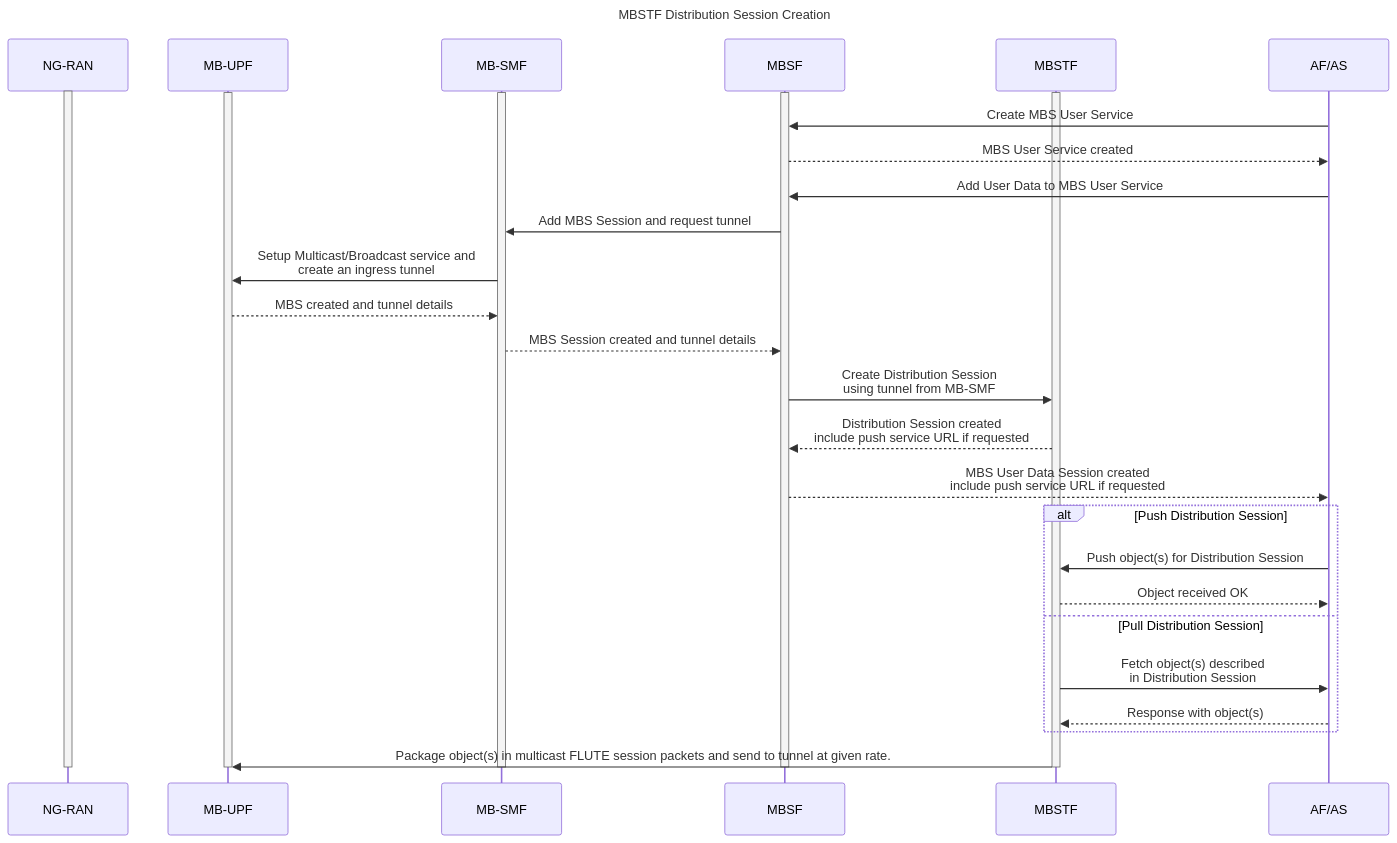
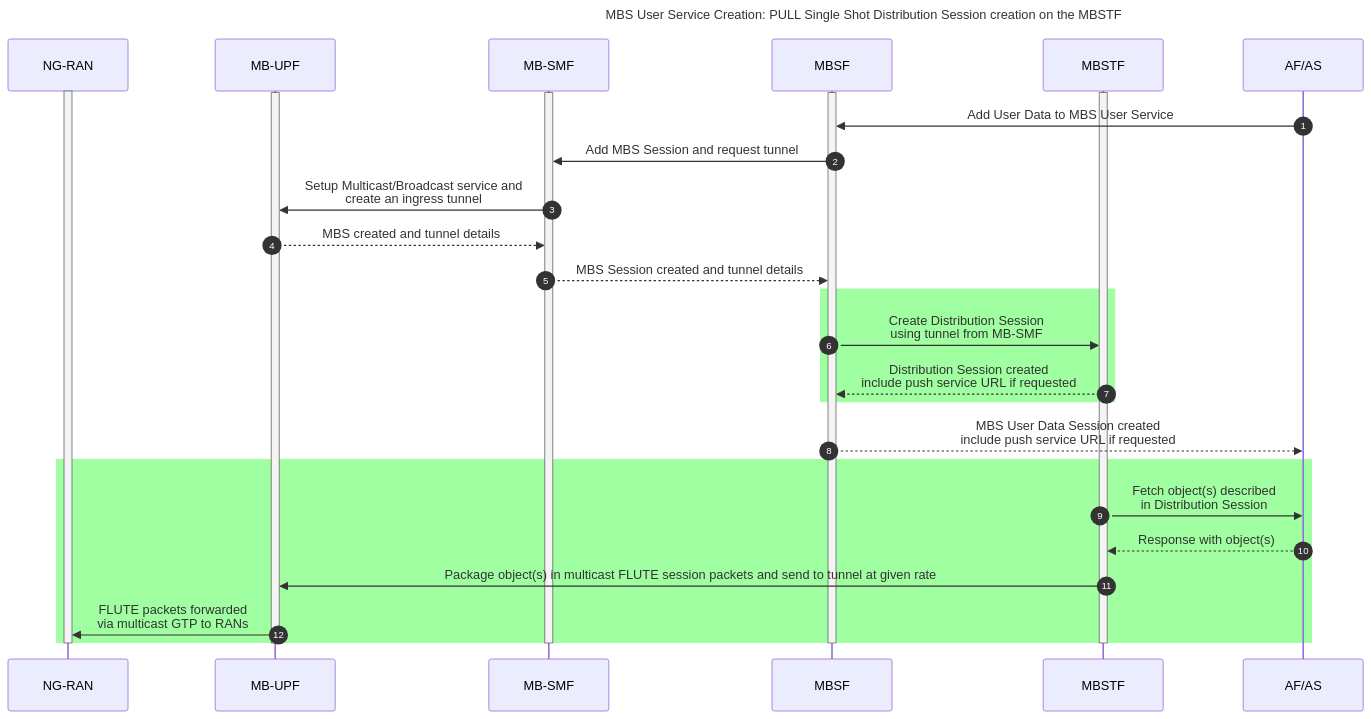
Before and after one commit to 5G-MAG/Getting-Started: the third of 6 diagrams in pages/5g-multicast-broadcast-services/tutorials/mbstf.md, drawn with Mermaid. The commit also changed other lines of this file, not shown here.

Commit message:
Split the sequence diagram into several diagrams that accompany the operations at each step of the tutorial and fill out the Single shot PUSH mode tutorial step.

````diff
--- a/pages/5g-multicast-broadcast-services/tutorials/mbstf.md
+++ b/pages/5g-multicast-broadcast-services/tutorials/mbstf.md
@@ -62,43 +225,44 @@
 ```mermaid
 ---
-title: "MBSTF Distribution Session Creation"
+title: "MBS User Service Creation: PULL Single Shot Distribution Session creation on the MBSTF"
+config:
+  sequence:
+    showSequenceNumbers: true
 ---
 sequenceDiagram
   participant RAN as NG-RAN
   participant MBUPF as MB-UPF
   participant MBSMF as MB-SMF
   participant MBSF
   participant MBSTF
   participant AP as AF/AS
 
   activate RAN
   activate MBSMF
   activate MBUPF
   activate MBSF
   activate MBSTF
 
-  AP->>MBSF : Create MBS User Service
-  MBSF-->>AP : MBS User Service created
   AP->>MBSF : Add User Data to MBS User Service
   MBSF->>MBSMF : Add MBS Session and request tunnel
   MBSMF->>MBUPF : Setup Multicast/Broadcast service and<br/>create an ingress tunnel
   MBUPF-->>MBSMF : MBS created and tunnel details
   MBSMF-->>MBSF : MBS Session created and tunnel details
-  MBSF->>MBSTF : Create Distribution Session<br/>using tunnel from MB-SMF
-  MBSTF-->>MBSF : Distribution Session created<br/>include push service URL if requested
-  MBSF-->>AP : MBS User Data Session created<br/>include push service URL if requested
-  alt Push Distribution Session
-    AP->>MBSTF : Push object(s) for Distribution Session
-    MBSTF-->>AP : Object received OK
-  else Pull Distribution Session
+  rect rgb(160,255,160)
+    MBSF->>MBSTF : Create Distribution Session<br/>using tunnel from MB-SMF
+    MBSTF-->>MBSF : Distribution Session created<br/>include push service URL if requested
+  end
+    MBSF-->>AP : MBS User Data Session created<br/>include push service URL if requested
+  rect rgb(160,255,160)
     MBSTF->>AP : Fetch object(s) described<br/>in Distribution Session
     AP-->>MBSTF : Response with object(s)
+    MBSTF->>MBUPF : Package object(s) in multicast FLUTE session packets and send to tunnel at given rate
+    MBUPF->>RAN : FLUTE packets forwarded<br/>via multicast GTP to RANs
   end
-  MBSTF->>MBUPF : Package object(s) in multicast FLUTE session packets and send to tunnel at given rate.
 
   deactivate MBSTF
   deactivate MBSF
   deactivate MBSMF
   deactivate MBUPF
   deactivate RAN
 ```
````
